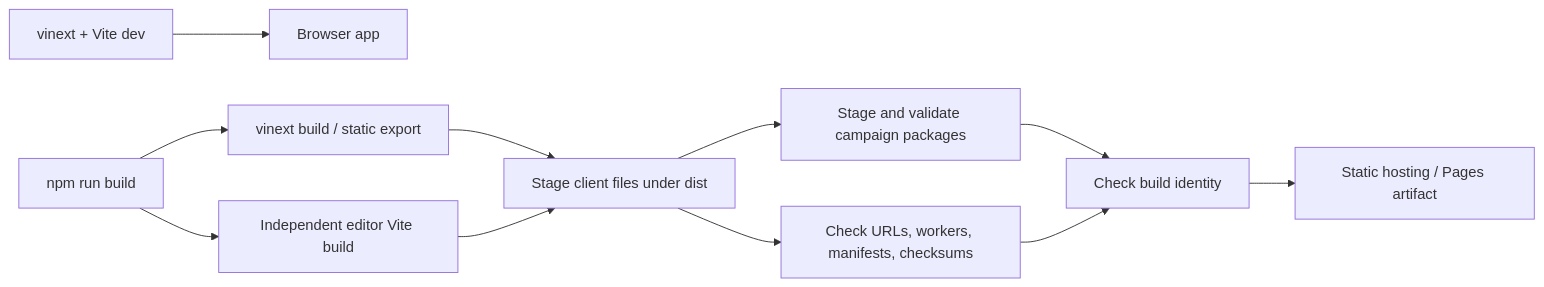
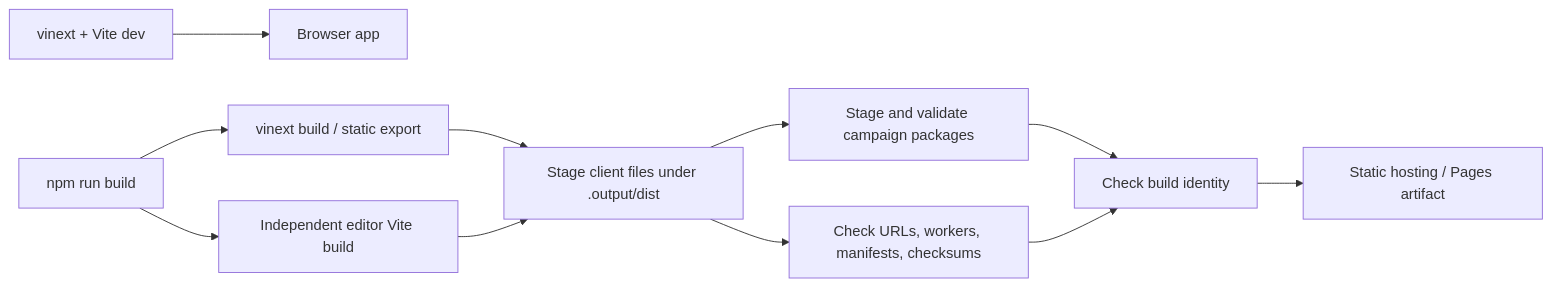
The first of 2 diagrams in docs/architecture/build-and-tooling.md (fsodano/granaderos), drawn with Mermaid before and after one commit. The commit also changed other lines of this file and 12605 other files, not shown here.

````diff
--- a/docs/architecture/build-and-tooling.md
+++ b/docs/architecture/build-and-tooling.md
@@ -9,13 +9,13 @@
 ```mermaid
 flowchart LR
   Dev[vinext + Vite dev] --> Browser[Browser app]
   Root[npm run build] --> WebBuild[vinext build / static export]
   Root --> EditorBuild[Independent editor Vite build]
-  WebBuild --> Stage[Stage client files under dist]
+  WebBuild --> Stage[Stage client files under .output/dist]
   EditorBuild --> Stage
   Stage --> Campaigns[Stage and validate campaign packages]
   Stage --> Assets[Check URLs, workers, manifests, checksums]
   Campaigns --> Identity[Check build identity]
   Assets --> Identity
   Identity --> Publish[Static hosting / Pages artifact]
 ```
````
